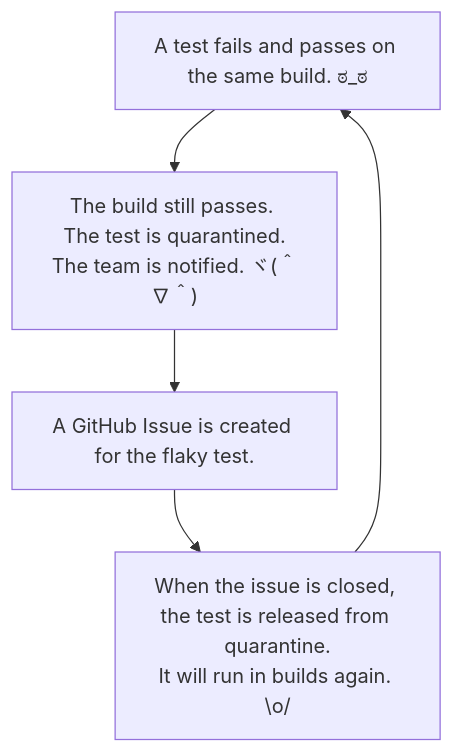
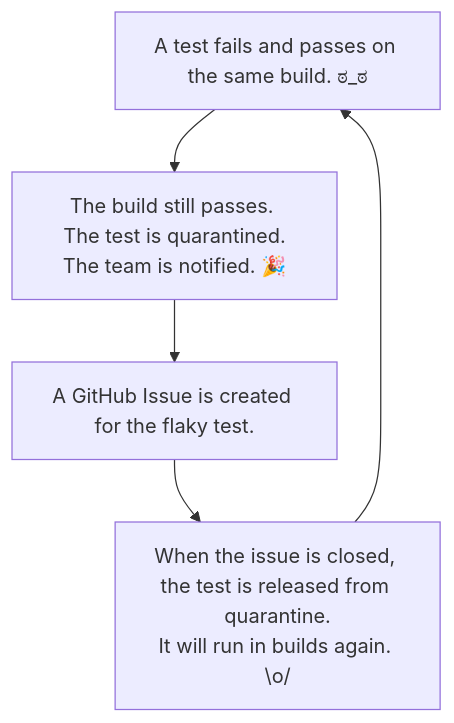
Before and after one commit to mycargus/quarantine: the diagram in README.md, drawn with Mermaid.

Commit message:
Fix kaomoji rendering in Mermaid diagram
Replaced ヾ(＾∇＾) with 🎉 celebration emoji, which renders cleanly in Mermaid
syntax. The kaomoji was causing rendering issues due to special Unicode
character handling in Mermaid's diagram engine.

````diff
--- a/README.md
+++ b/README.md
@@ -18,8 +18,8 @@
 ```mermaid
 flowchart TD
     A["A test fails and passes on the same build. ಠ_ಠ"]
-    B["The build still passes. The test is quarantined.<br/>The team is notified. ヾ(＾∇＾)"]
+    B["The build still passes. The test is quarantined.<br/>The team is notified. 🎉"]
     C["A GitHub Issue is created for the flaky test."]
     D["When the issue is closed, the test is released from quarantine.<br/>It will run in builds again. \o/"]
     A --> B --> C --> D --> A
 ```
````
